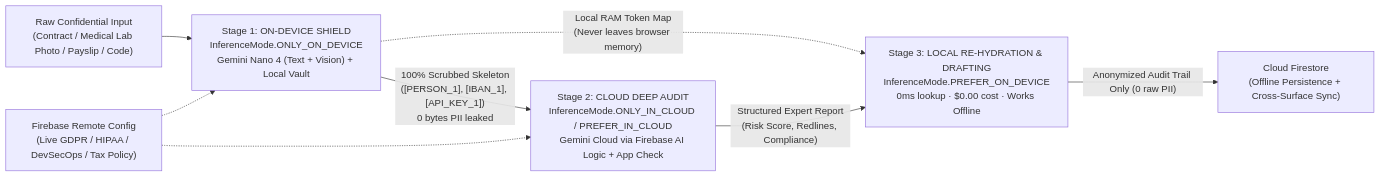
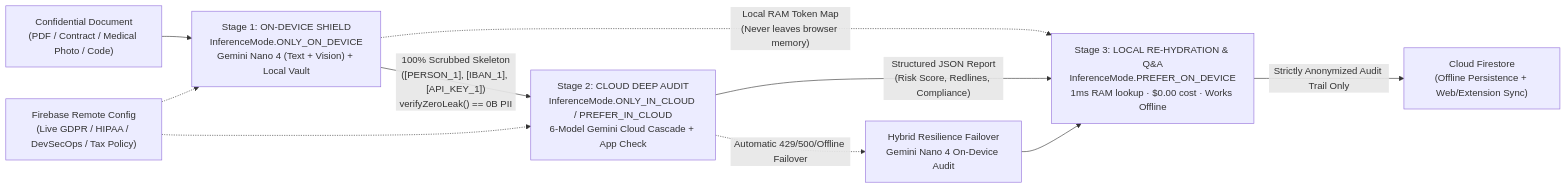
The diagram in README.md (Weoxx62/VeilAI-BuildHybridAI), drawn with Mermaid before and after one commit. The commit also changed other lines of this file and 10 other files, not shown here.

````diff
--- a/README.md
+++ b/README.md
@@ -34,10 +54,12 @@
 ```mermaid
 flowchart LR
-    A["Raw Confidential Input\n(Contract / Medical Lab Photo / Payslip / Code)"] --> B["Stage 1: ON-DEVICE SHIELD\nInferenceMode.ONLY_ON_DEVICE\nGemini Nano 4 (Text + Vision) + Local Vault"]
-    B -->|"100% Scrubbed Skeleton\n([PERSON_1], [IBAN_1], [API_KEY_1])\n0 bytes PII leaked"| C["Stage 2: CLOUD DEEP AUDIT\nInferenceMode.ONLY_IN_CLOUD / PREFER_IN_CLOUD\nGemini Cloud via Firebase AI Logic + App Check"]
-    B -.->|"Local RAM Token Map\n(Never leaves browser memory)"| D["Stage 3: LOCAL RE-HYDRATION & DRAFTING\nInferenceMode.PREFER_ON_DEVICE\n0ms lookup · $0.00 cost · Works Offline"]
-    C -->|"Structured Expert Report\n(Risk Score, Redlines, Compliance)"| D
+    A["Confidential Document\n(PDF / Contract / Medical Photo / Code)"] --> B["Stage 1: ON-DEVICE SHIELD\nInferenceMode.ONLY_ON_DEVICE\nGemini Nano 4 (Text + Vision) + Local Vault"]
+    B -->|"100% Scrubbed Skeleton\n([PERSON_1], [IBAN_1], [API_KEY_1])\nverifyZeroLeak() == 0B PII"| C["Stage 2: CLOUD DEEP AUDIT\nInferenceMode.ONLY_IN_CLOUD / PREFER_IN_CLOUD\n6-Model Gemini Cloud Cascade + App Check"]
+    C -.->|"Automatic 429/500/Offline Failover"| N["Hybrid Resilience Failover\nGemini Nano 4 On-Device Audit"]
+    B -.->|"Local RAM Token Map\n(Never leaves browser memory)"| D["Stage 3: LOCAL RE-HYDRATION & Q&A\nInferenceMode.PREFER_ON_DEVICE\n1ms RAM lookup · $0.00 cost · Works Offline"]
+    C -->|"Structured JSON Report\n(Risk Score, Redlines, Compliance)"| D
+    N --> D
     E["Firebase Remote Config\n(Live GDPR / HIPAA / DevSecOps / Tax Policy)"] -.-> B
     E -.-> C
-    D -->|"Anonymized Audit Trail Only (0 raw PII)"| F["Cloud Firestore\n(Offline Persistence + Cross-Surface Sync)"]
+    D -->|"Strictly Anonymized Audit Trail Only"| F["Cloud Firestore\n(Offline Persistence + Web/Extension Sync)"]
 ```
````
